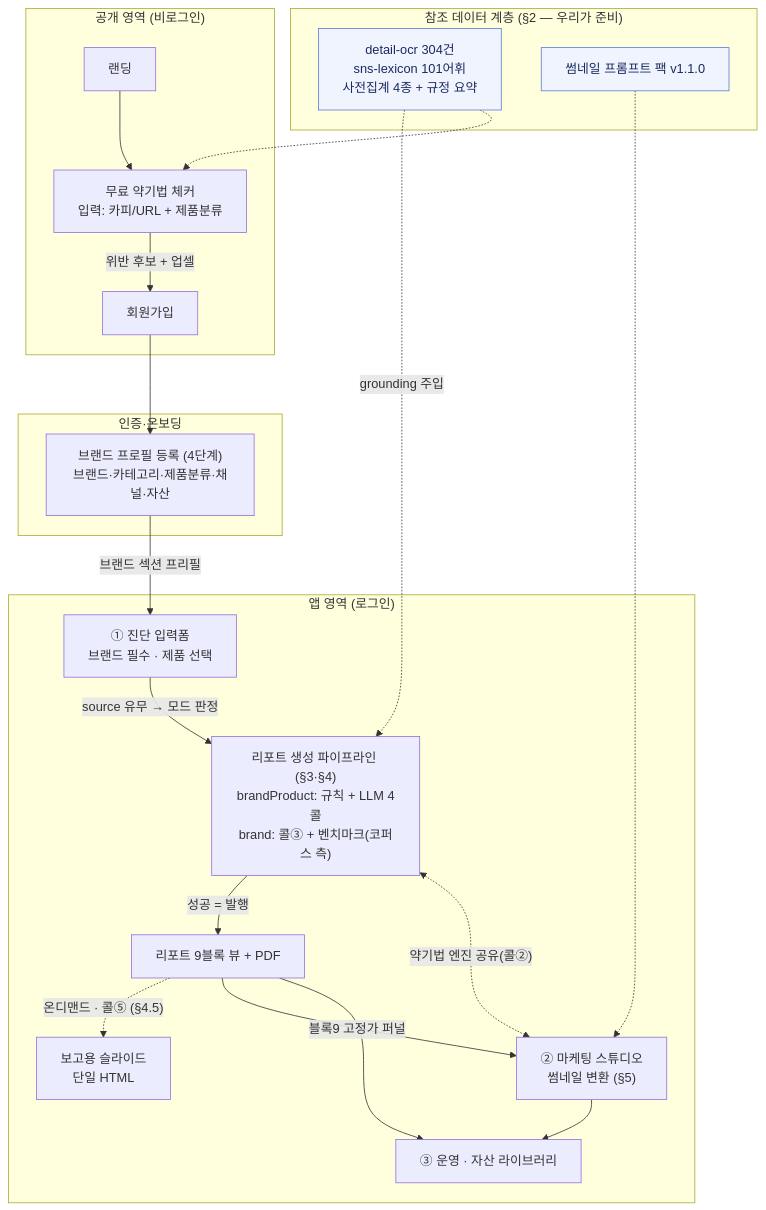
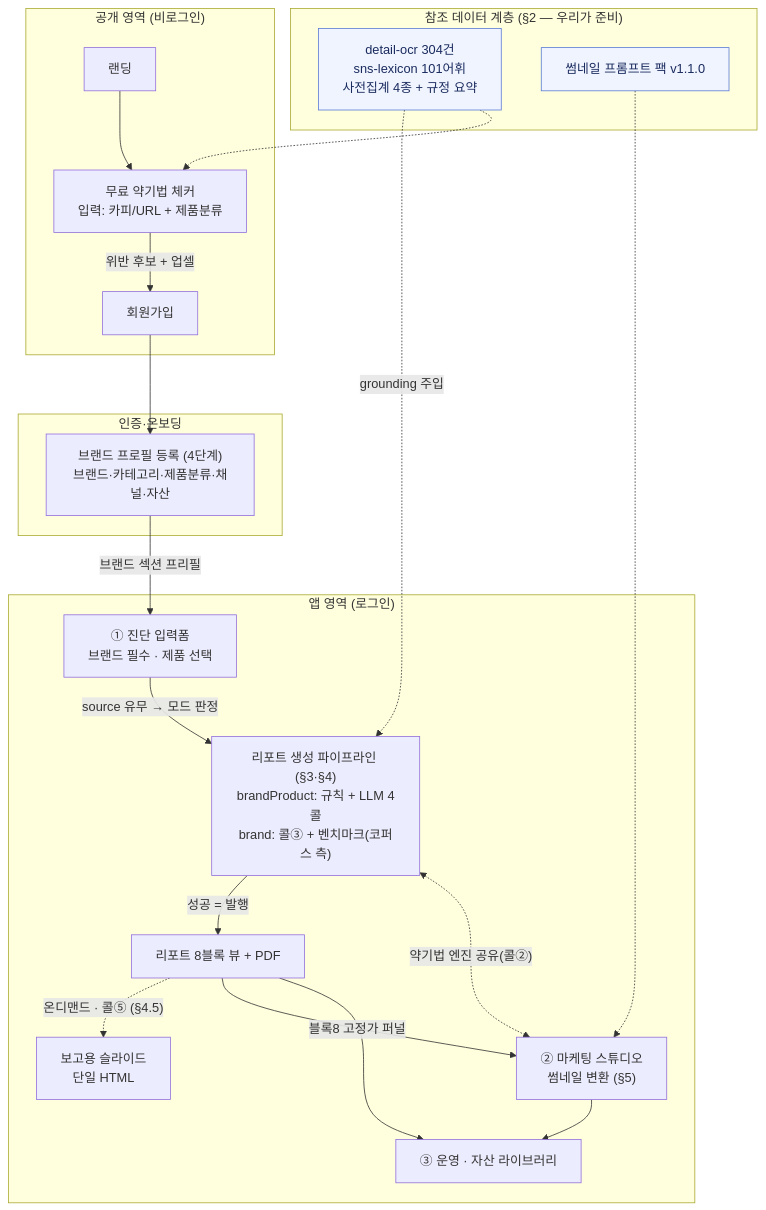
Before and after one commit to duwjd/Branch-out-to-Japan: the first of 7 diagrams in docs/08-data-flow.md, drawn with Mermaid. The commit also changed other lines of this file and 38 other files, not shown here.

````diff
--- a/docs/08-data-flow.md
+++ b/docs/08-data-flow.md
@@ -27,34 +27,34 @@
 ```mermaid
 flowchart TD
     subgraph PUB["공개 영역 (비로그인)"]
         LAND["랜딩"] --> CHK["무료 약기법 체커<br/>입력: 카피/URL + 제품분류"]
         CHK -->|"위반 후보 + 업셀"| SIGN["회원가입"]
     end
 
     subgraph ONB["인증·온보딩"]
         SIGN --> BP["브랜드 프로필 등록 (4단계)<br/>브랜드·카테고리·제품분류·채널·자산"]
     end
 
     subgraph APP["앱 영역 (로그인)"]
         BP -->|"브랜드 섹션 프리필"| FORM["① 진단 입력폼<br/>브랜드 필수 · 제품 선택"]
         FORM -->|"source 유무 → 모드 판정"| PIPE["리포트 생성 파이프라인 (§3·§4)<br/>brandProduct: 규칙 + LLM 4콜<br/>brand: 콜③ + 벤치마크(코퍼스 측)"]
-        PIPE -->|"성공 = 발행"| RPT["리포트 9블록 뷰 + PDF"]
+        PIPE -->|"성공 = 발행"| RPT["리포트 8블록 뷰 + PDF"]
         RPT -.->|"온디맨드 · 콜⑤ (§4.5)"| SLD["보고용 슬라이드<br/>단일 HTML"]
-        RPT -->|"블록9 고정가 퍼널"| ST["② 마케팅 스튜디오<br/>썸네일 변환 (§5)"]
+        RPT -->|"블록8 고정가 퍼널"| ST["② 마케팅 스튜디오<br/>썸네일 변환 (§5)"]
         ST --> LIB["③ 운영 · 자산 라이브러리"]
         RPT --> LIB
     end
 
     subgraph REF["참조 데이터 계층 (§2 — 우리가 준비)"]
         CORPUS["detail-ocr 304건<br/>sns-lexicon 101어휘<br/>사전집계 4종 + 규정 요약"]
         PACK["썸네일 프롬프트 팩 v1.1.0"]
     end
 
     CORPUS -.->|"grounding 주입"| PIPE
     CORPUS -.-> CHK
     PACK -.-> ST
     PIPE <-.->|"약기법 엔진 공유(콜②)"| ST
 
     classDef ref fill:#f0f4ff,stroke:#5b7bd5,color:#1a2b5e;
     class CORPUS,PACK ref;
 ```
````
